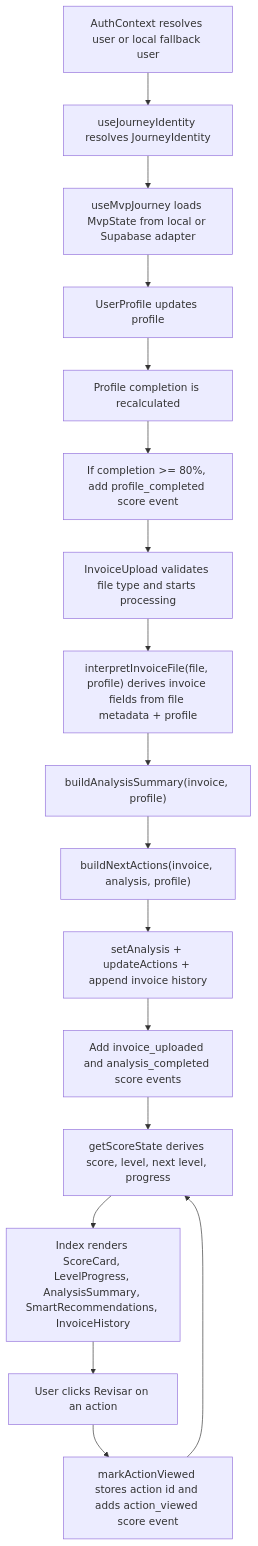
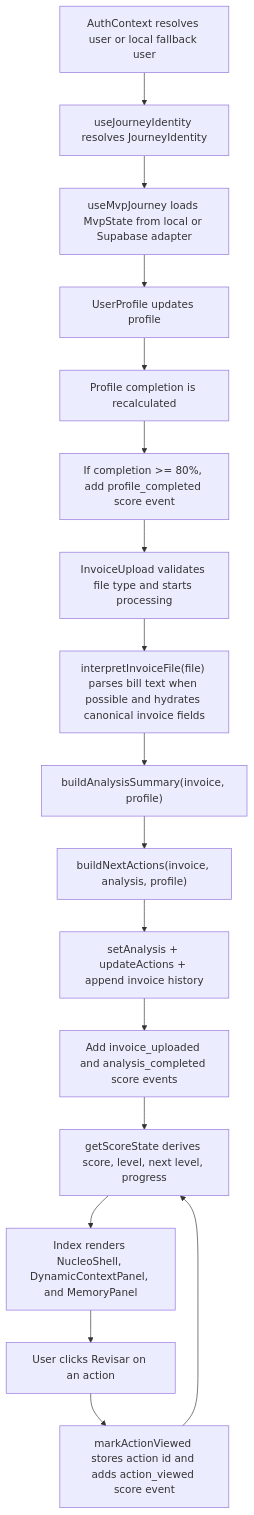
One commit to MateusOliveira3/score-energy-verse changed the diagram in README.md. Above: the diagram before and after it, drawn with Mermaid. The commit also changed other lines of this file and 234 other files, not shown here.

````diff
--- a/README.md
+++ b/README.md
@@ -190,19 +225,19 @@
 ```mermaid
 flowchart TD
   A["AuthContext resolves user or local fallback user"] --> B["useJourneyIdentity resolves JourneyIdentity"]
   B --> C["useMvpJourney loads MvpState from local or Supabase adapter"]
   C --> D["UserProfile updates profile"]
   D --> E["Profile completion is recalculated"]
   E --> F["If completion >= 80%, add profile_completed score event"]
   F --> G["InvoiceUpload validates file type and starts processing"]
-  G --> H["interpretInvoiceFile(file, profile) derives invoice fields from file metadata + profile"]
+  G --> H["interpretInvoiceFile(file) parses bill text when possible and hydrates canonical invoice fields"]
   H --> I["buildAnalysisSummary(invoice, profile)"]
   I --> J["buildNextActions(invoice, analysis, profile)"]
   J --> K["setAnalysis + updateActions + append invoice history"]
   K --> L["Add invoice_uploaded and analysis_completed score events"]
   L --> M["getScoreState derives score, level, next level, progress"]
-  M --> N["Index renders ScoreCard, LevelProgress, AnalysisSummary, SmartRecommendations, InvoiceHistory"]
+  M --> N["Index renders NucleoShell, DynamicContextPanel, and MemoryPanel"]
   N --> O["User clicks Revisar on an action"]
   O --> P["markActionViewed stores action id and adds action_viewed score event"]
   P --> M
 ```
````
